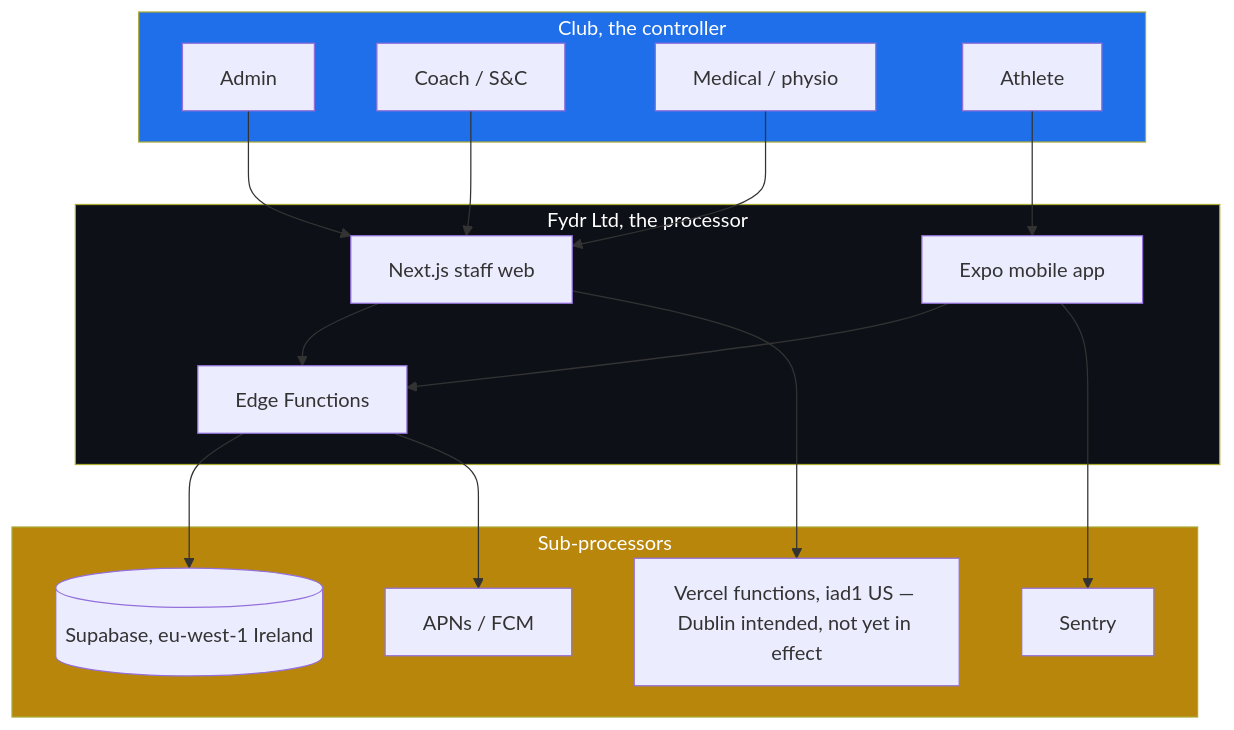
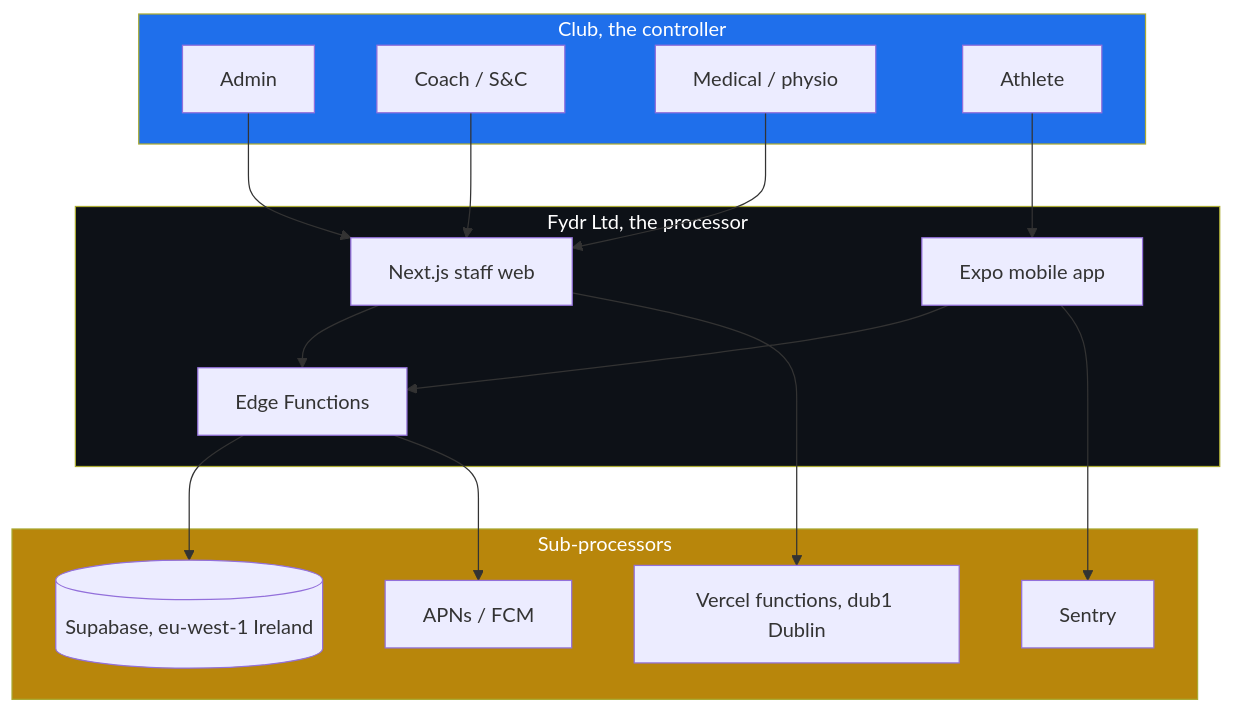
The first of 2 diagrams in docs/09-security-and-compliance.md (isabellasale212/FYDR), drawn with Mermaid before and after one commit. The commit also changed other lines of this file and 2 other files, not shown here.

Commit message:
Functions in Dublin (dub1) from the 16:46 deploy: sub-processor row corrected, current live is fydr-bkslf6d89

````diff
--- a/docs/09-security-and-compliance.md
+++ b/docs/09-security-and-compliance.md
@@ -124,37 +124,37 @@
 ```mermaid
 graph TB
     subgraph CLUB["Club, the controller"]
         AD[Admin]
         CO[Coach / S&C]
         ME[Medical / physio]
         AT[Athlete]
     end
 
     subgraph FYDR["Fydr Ltd, the processor"]
         APP[Expo mobile app]
         WEB[Next.js staff web]
         EF[Edge Functions]
     end
 
     subgraph SUB["Sub-processors"]
         SB[(Supabase, eu-west-1 Ireland)]
-        VC[Vercel functions, iad1 US — Dublin intended, not yet in effect]
+        VC[Vercel functions, dub1 Dublin]
         AP[APNs / FCM]
         SE[Sentry]
     end
 
     AT --> APP
     CO --> WEB
     ME --> WEB
     AD --> WEB
     APP --> EF
     WEB --> EF
     EF --> SB
     WEB --> VC
     EF --> AP
     APP --> SE
 
     style CLUB fill:#1f6feb,color:#fff
     style FYDR fill:#0d1117,color:#fff
     style SUB fill:#b8860b,color:#fff
 ```
````
